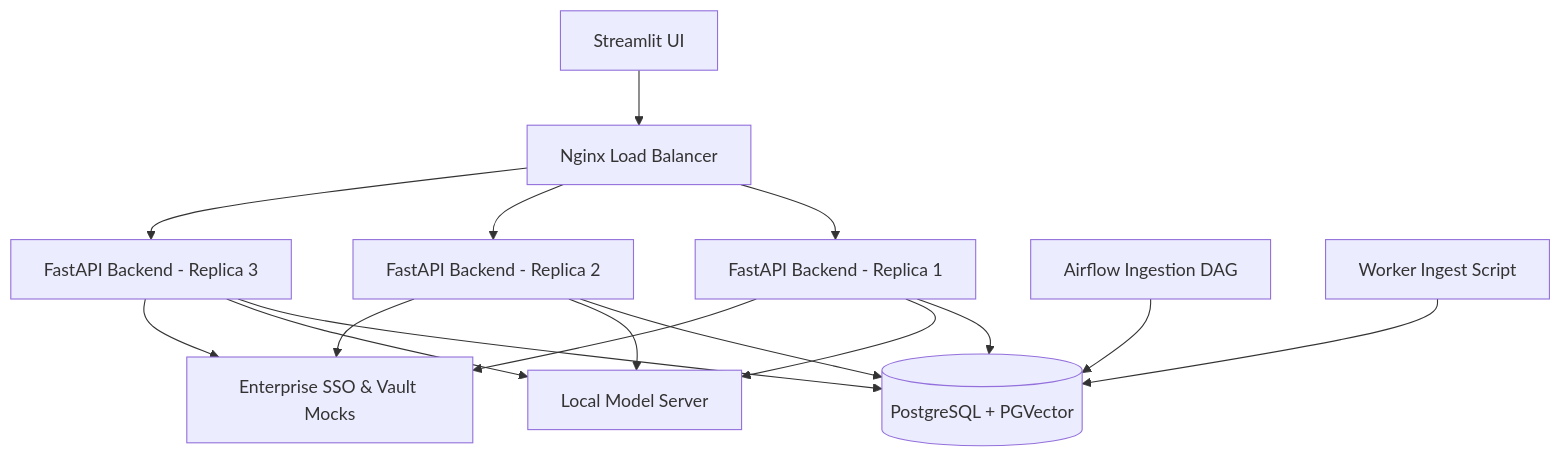
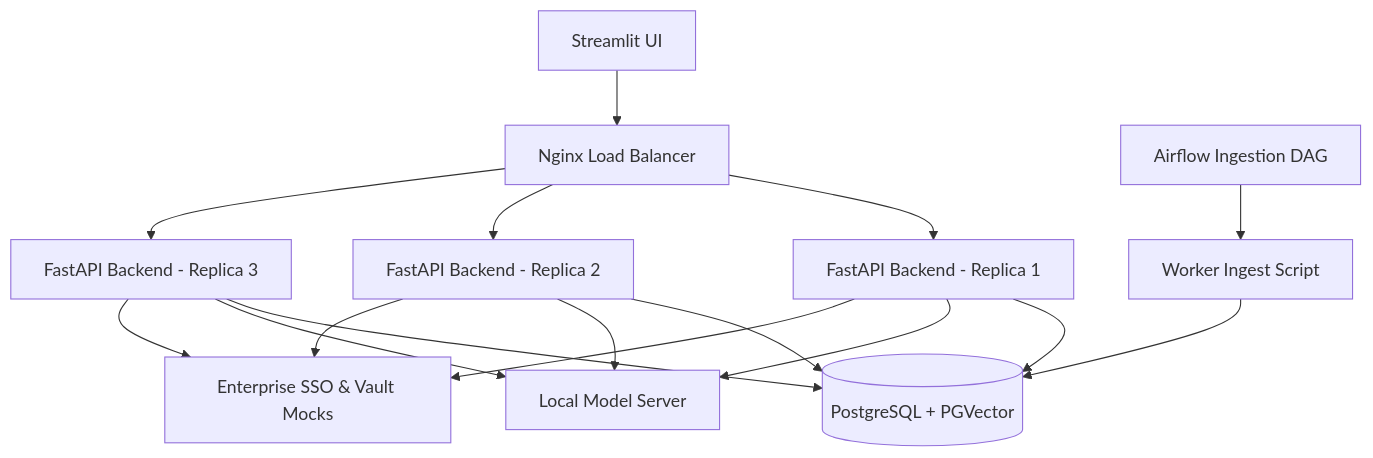
One commit to Mathe13/simple_rag changed the diagram in README.md. Above: the diagram before and after it, drawn with Mermaid. The commit also changed 4 other files, not shown here.

````diff
--- a/README.md
+++ b/README.md
@@ -11,13 +11,13 @@
 ```mermaid
 graph TD
     Client[Streamlit UI] --> LB[Nginx Load Balancer]
     LB --> API1[FastAPI Backend - Replica 1]
     LB --> API2[FastAPI Backend - Replica 2]
     LB --> API3[FastAPI Backend - Replica 3]
     API1 & API2 & API3 --> DB[(PostgreSQL + PGVector)]
     API1 & API2 & API3 --> MS[Local Model Server]
     API1 & API2 & API3 --> Mocks[Enterprise SSO & Vault Mocks]
     
-    Airflow[Airflow Ingestion DAG] --> DB
+    Airflow[Airflow Ingestion DAG] --> Worker
     Worker[Worker Ingest Script] --> DB
 ```
````
